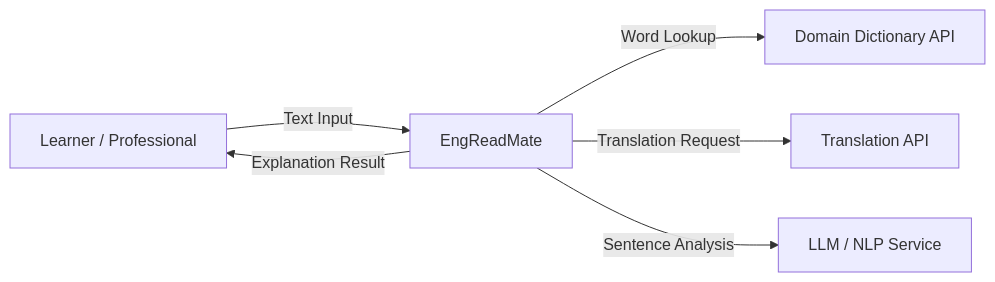
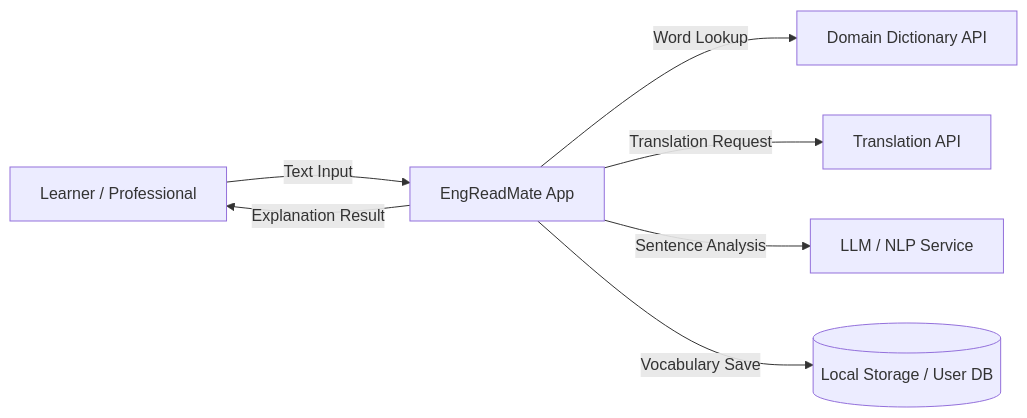
The diagram in Conceptualization_[22212046_안효원].md (NotHyoone/OSS_Design), drawn with Mermaid before and after one commit. The commit also changed other lines of this file and 2 other files, not shown here.

Commit message:
document correction and App logo add

````diff
--- a/Conceptualization_[22212046_안효원].md
+++ b/Conceptualization_[22212046_안효원].md
@@ -58,15 +61,17 @@
 ```mermaid
 flowchart LR
 
 User["Learner / Professional"]
-System["EngReadMate"]
+App["EngReadMate App"]
 Dictionary["Domain Dictionary API"]
 Translator["Translation API"]
 AI["LLM / NLP Service"]
+Storage[("Local Storage / User DB")]
 
-User -->|"Text Input"| System
-System -->|"Word Lookup"| Dictionary
-System -->|"Translation Request"| Translator
-System -->|"Sentence Analysis"| AI
-System -->|"Explanation Result"| User
+User -->|"Text Input"| App
+App -->|"Word Lookup"| Dictionary
+App -->|"Translation Request"| Translator
+App -->|"Sentence Analysis"| AI
+App -->|"Vocabulary Save"| Storage
+App -->|"Explanation Result"| User
 ```
````
